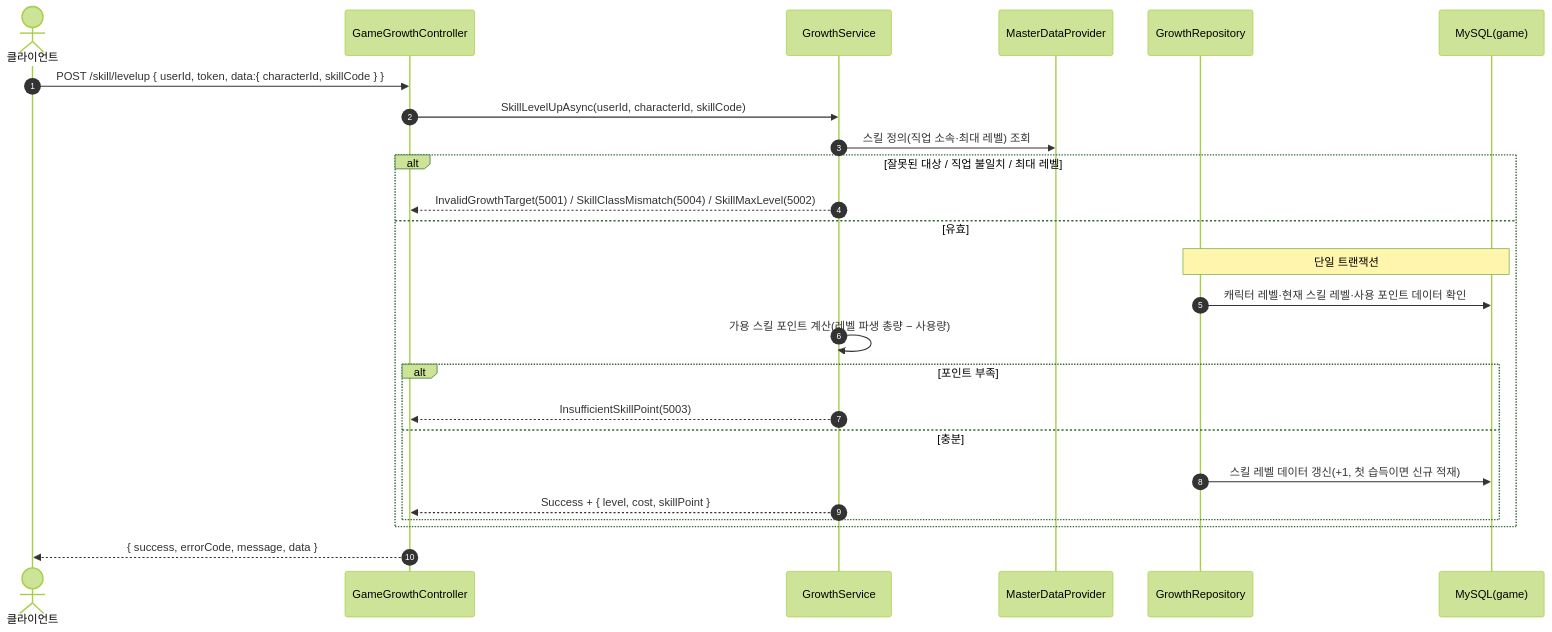
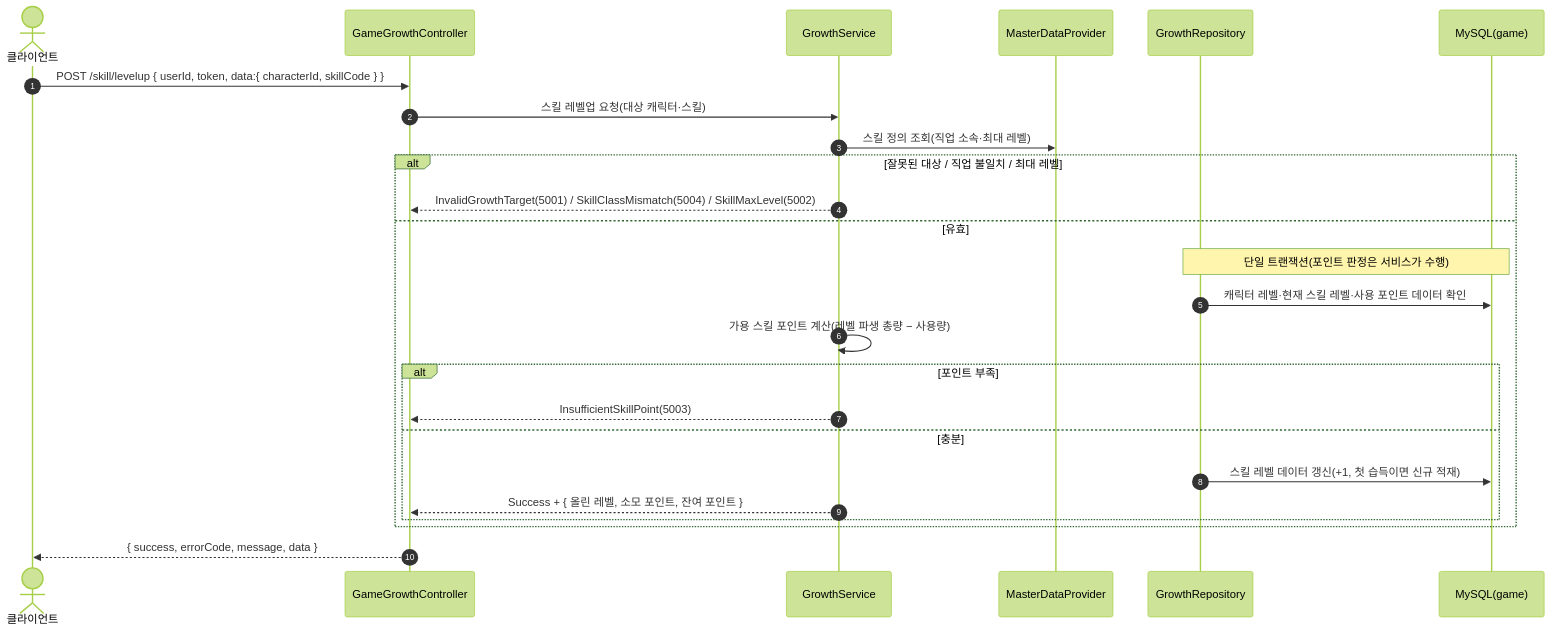
One commit to ks-wook/com2us-taskbar-hero changed the first of 4 diagrams in SequenceDiagram/GameGrowthController.md. Above: the diagram before and after it, drawn with Mermaid (forest theme). The commit also changed other lines of this file and 7 other files, not shown here.

Commit message:
시퀀스 다이어그램 수정

````diff
--- a/SequenceDiagram/GameGrowthController.md
+++ b/SequenceDiagram/GameGrowthController.md
@@ -11,28 +11,28 @@
 ```mermaid
 sequenceDiagram
     autonumber
     actor C as 클라이언트
     participant Ctrl as GameGrowthController
     participant Svc as GrowthService
     participant MD as MasterDataProvider
     participant Repo as GrowthRepository
     participant DB as MySQL(game)
 
     C->>Ctrl: POST /skill/levelup { userId, token, data:{ characterId, skillCode } }
-    Ctrl->>Svc: SkillLevelUpAsync(userId, characterId, skillCode)
-    Svc->>MD: 스킬 정의(직업 소속·최대 레벨) 조회
+    Ctrl->>Svc: 스킬 레벨업 요청(대상 캐릭터·스킬)
+    Svc->>MD: 스킬 정의 조회(직업 소속·최대 레벨)
     alt 잘못된 대상 / 직업 불일치 / 최대 레벨
         Svc-->>Ctrl: InvalidGrowthTarget(5001) / SkillClassMismatch(5004) / SkillMaxLevel(5002)
     else 유효
-        Note over Repo,DB: 단일 트랜잭션
+        Note over Repo,DB: 단일 트랜잭션(포인트 판정은 서비스가 수행)
         Repo->>DB: 캐릭터 레벨·현재 스킬 레벨·사용 포인트 데이터 확인
         Svc->>Svc: 가용 스킬 포인트 계산(레벨 파생 총량 − 사용량)
         alt 포인트 부족
             Svc-->>Ctrl: InsufficientSkillPoint(5003)
         else 충분
             Repo->>DB: 스킬 레벨 데이터 갱신(+1, 첫 습득이면 신규 적재)
-            Svc-->>Ctrl: Success + { level, cost, skillPoint }
+            Svc-->>Ctrl: Success + { 올린 레벨, 소모 포인트, 잔여 포인트 }
         end
     end
     Ctrl-->>C: { success, errorCode, message, data }
 ```
````
